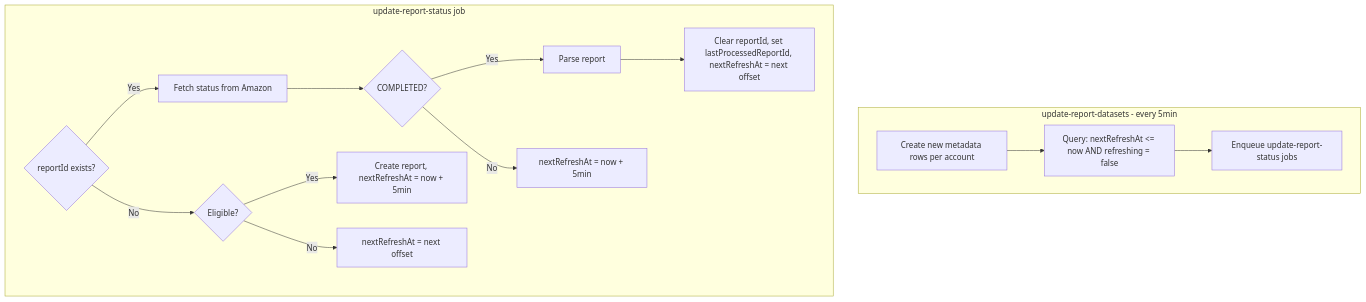
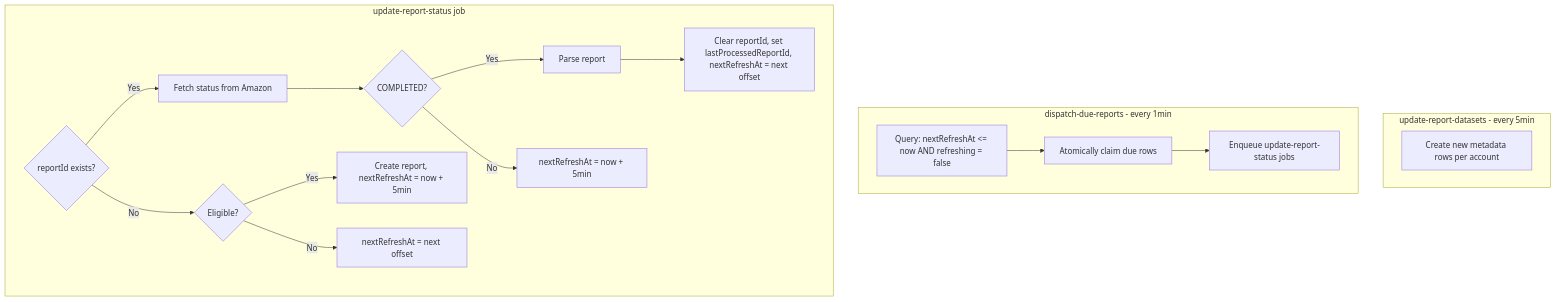
The diagram in docs/report-state-machine.md (merchbaseco/bidbeacon), drawn with Mermaid before and after one commit. The commit also changed other lines of this file and 29 other files, not shown here.

````diff
--- a/docs/report-state-machine.md
+++ b/docs/report-state-machine.md
@@ -78,29 +81,32 @@
 ```mermaid
 flowchart TD
-    subgraph scheduledJob [update-report-datasets - every 5min]
+    subgraph maintenanceJob [update-report-datasets - every 5min]
         CreateRows[Create new metadata rows per account]
+    end
+    subgraph dispatchJob [dispatch-due-reports - every 1min]
         QueryDue["Query: nextRefreshAt <= now AND refreshing = false"]
+        Claim[Atomically claim due rows]
         EnqueueStatus[Enqueue update-report-status jobs]
-        CreateRows --> QueryDue --> EnqueueStatus
+        QueryDue --> Claim --> EnqueueStatus
     end
     
     subgraph stateMachine [update-report-status job]
         CheckReportId{reportId exists?}
         FetchAmazon[Fetch status from Amazon]
         CheckCompleted{COMPLETED?}
         Process[Parse report]
         ClearId["Clear reportId, set lastProcessedReportId, nextRefreshAt = next offset"]
         StillPending["nextRefreshAt = now + 5min"]
         CheckEligible{Eligible?}
         CreateReport["Create report, nextRefreshAt = now + 5min"]
         NotEligible["nextRefreshAt = next offset"]
         
         CheckReportId -->|Yes| FetchAmazon
         CheckReportId -->|No| CheckEligible
         FetchAmazon --> CheckCompleted
         CheckCompleted -->|Yes| Process --> ClearId
         CheckCompleted -->|No| StillPending
         CheckEligible -->|Yes| CreateReport
         CheckEligible -->|No| NotEligible
     end
 ```
````
